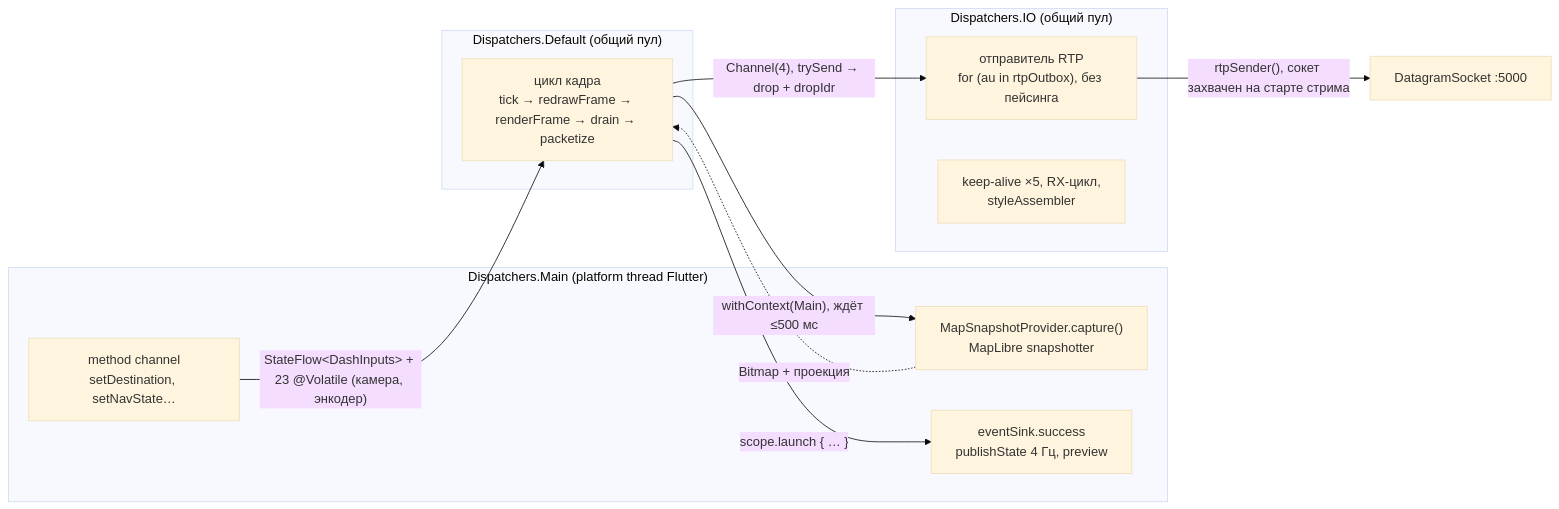
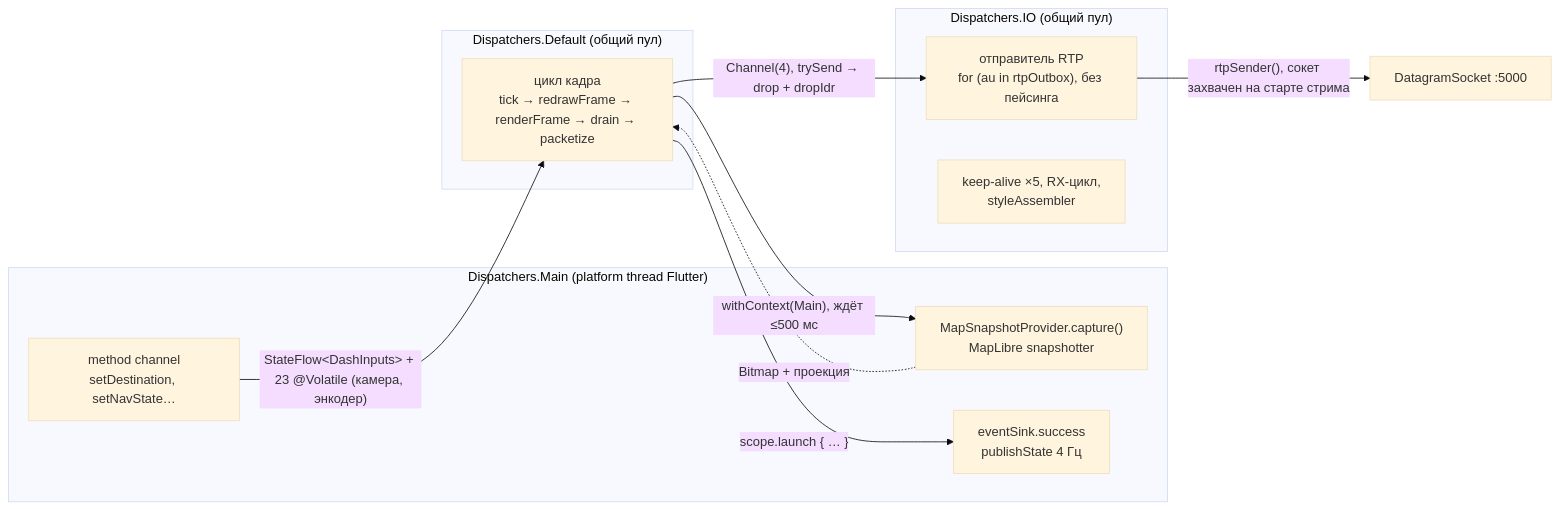
One commit to RPG-18/snatch-dash changed the first of 3 diagrams in pipeline.md. Above: the diagram before and after it, drawn with Mermaid (base theme). The commit also changed other lines of this file and 17 other files, not shown here.

````diff
--- a/pipeline.md
+++ b/pipeline.md
@@ -581,21 +583,21 @@
 ```mermaid
 flowchart LR
   subgraph main["Dispatchers.Main (platform thread Flutter)"]
     MC["method channel<br/>setDestination, setNavState…"]
     SNAP["MapSnapshotProvider.capture()<br/>MapLibre snapshotter"]
-    SINK["eventSink.success<br/>publishState 4 Гц, preview"]
+    SINK["eventSink.success<br/>publishState 4 Гц"]
   end
   subgraph def["Dispatchers.Default (общий пул)"]
     LOOP["цикл кадра<br/>tick → redrawFrame → renderFrame → drain → packetize"]
   end
   subgraph io["Dispatchers.IO (общий пул)"]
     SEND["отправитель RTP<br/>for (au in rtpOutbox), без пейсинга"]
     KA["keep-alive ×5, RX-цикл,<br/>styleAssembler"]
   end
   MC -- "StateFlow&lt;DashInputs&gt; + 23 @Volatile (камера, энкодер)" --> LOOP
   LOOP -- "withContext(Main), ждёт ≤500 мс" --> SNAP
   SNAP -. "Bitmap + проекция" .-> LOOP
   LOOP -- "Channel(4), trySend → drop + dropIdr" --> SEND
   LOOP -- "scope.launch { … }" --> SINK
   SEND -- "rtpSender(), сокет захвачен на старте стрима" --> SOCK["DatagramSocket :5000"]
 ```
````
